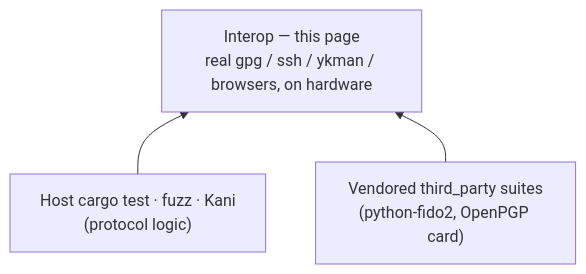
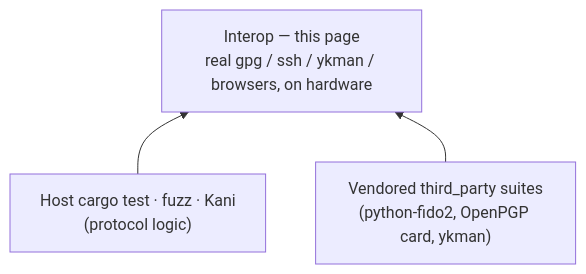
The first of 2 diagrams in docs/interop.md (TheMaxMur/RS-Key), drawn with Mermaid before and after one commit. The commit also changed other lines of this file and 62 other files, not shown here.

````diff
--- a/docs/interop.md
+++ b/docs/interop.md
@@ -10,6 +10,6 @@
 ```mermaid
 flowchart BT
     a["Host cargo test · fuzz · Kani<br/>(protocol logic)"] --> c
-    b["Vendored third_party suites<br/>(python-fido2, OpenPGP card)"] --> c
+    b["Vendored third_party suites<br/>(python-fido2, OpenPGP card, ykman)"] --> c
     c["Interop — this page<br/>real gpg / ssh / ykman / browsers, on hardware"]
 ```
````
